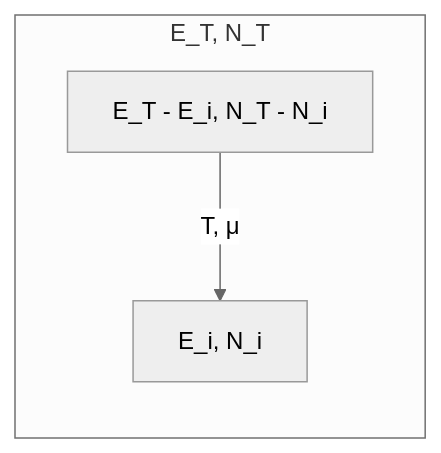
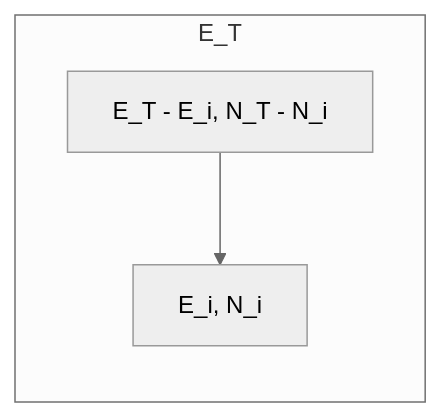
One commit to yamato97/science changed the diagram in grand_canonical.md. Above: the diagram before and after it, drawn with Mermaid (neutral theme).

````diff
--- a/grand_canonical.md
+++ b/grand_canonical.md
@@ -11,6 +11,6 @@
 ```mermaid
 graph LR 
-  subgraph "E_T, N_T"
-    Environemnt["E_T - E_i, N_T - N_i"]-->|"T, &mu;"|ParitialSystem[E_i, N_i]
+  subgraph "E_T"
+    Env["E_T - E_i, N_T - N_i"]-->Part[E_i, N_i]
   end
 ```
````
